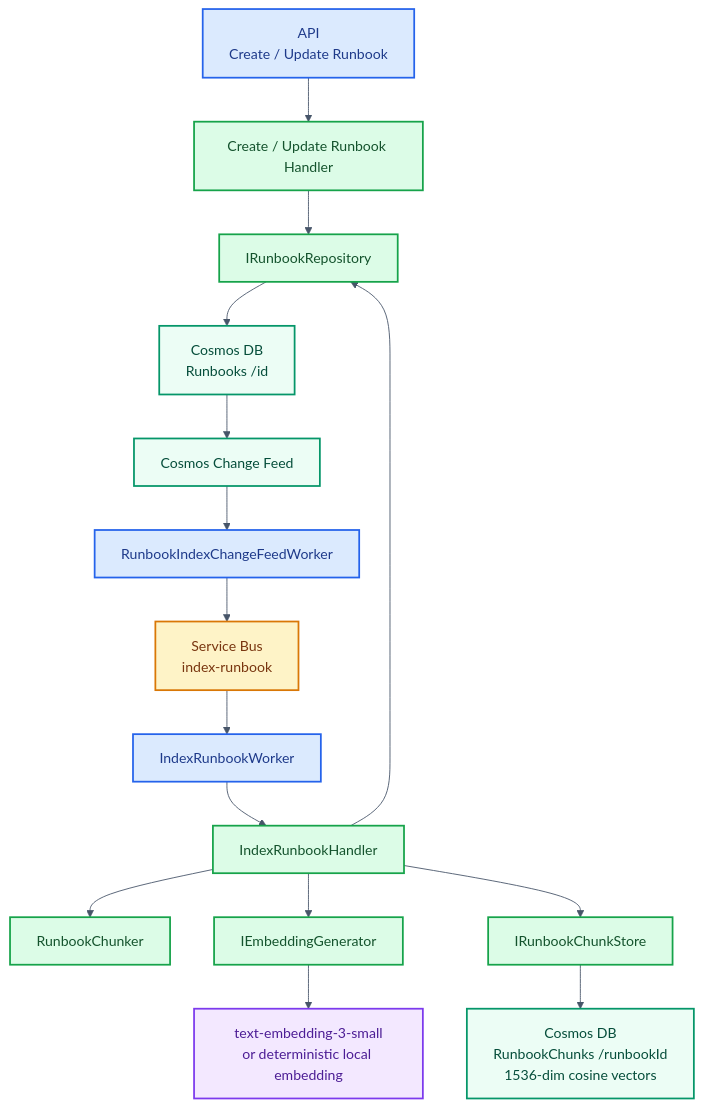
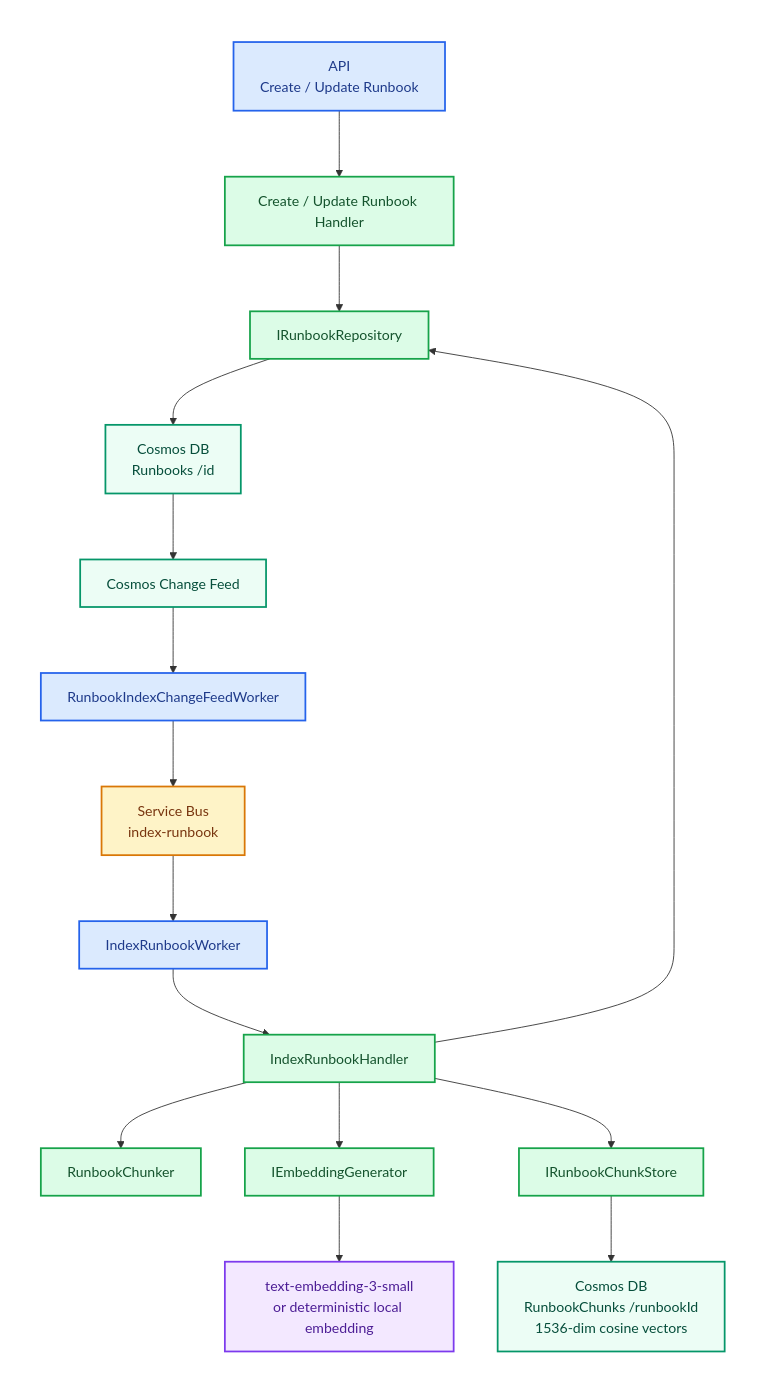
Before and after one commit to danielmusselwhite/IncidentIQ: the fifth of 5 diagrams in ReadMe.md, drawn with Mermaid. The commit also changed other lines of this file, not shown here.

Commit message:
docs: add white background to mermaids for better viewing in github darkmode

````diff
--- a/ReadMe.md
+++ b/ReadMe.md
@@ -353,39 +376,46 @@
 ```mermaid
-%%{init: {"theme": "base", "themeVariables": {"background": "#ffffff", "primaryTextColor": "#111827", "lineColor": "#475569"}}}%%
 flowchart TD
+
+    subgraph WhiteBackground[" "]
+        direction TD
+
     API["API<br/>Create / Update Runbook"]:::host
     CrudHandler["Create / Update Runbook Handler"]:::application
     Repo["IRunbookRepository"]:::application
     Runbooks["Cosmos DB<br/>Runbooks /id"]:::data
     ChangeFeed["Cosmos Change Feed"]:::data
     Relay["RunbookIndexChangeFeedWorker"]:::host
     Queue["Service Bus<br/>index-runbook"]:::messaging
     Consumer["IndexRunbookWorker"]:::host
     Handler["IndexRunbookHandler"]:::application
     Chunker["RunbookChunker"]:::application
     Embedder["IEmbeddingGenerator"]:::application
     AI["text-embedding-3-small<br/>or deterministic local embedding"]:::ai
     Store["IRunbookChunkStore"]:::application
     Chunks["Cosmos DB<br/>RunbookChunks /runbookId<br/>1536-dim cosine vectors"]:::data
 
     API --> CrudHandler
     CrudHandler --> Repo
     Repo --> Runbooks
     Runbooks --> ChangeFeed
     ChangeFeed --> Relay
     Relay --> Queue
     Queue --> Consumer
     Consumer --> Handler
     Handler --> Repo
     Handler --> Chunker
     Handler --> Embedder
     Embedder --> AI
     Handler --> Store
     Store --> Chunks
 
+    end
+
     classDef host fill:#dbeafe,stroke:#2563eb,color:#1e3a8a,stroke-width:2px;
     classDef application fill:#dcfce7,stroke:#16a34a,color:#14532d,stroke-width:2px;
     classDef data fill:#ecfdf5,stroke:#059669,color:#064e3b,stroke-width:2px;
     classDef messaging fill:#fef3c7,stroke:#d97706,color:#78350f,stroke-width:2px;
     classDef ai fill:#f3e8ff,stroke:#7c3aed,color:#4c1d95,stroke-width:2px;
+
+    style WhiteBackground fill:#ffffff,stroke:#ffffff,color:#ffffff
 ```
````
